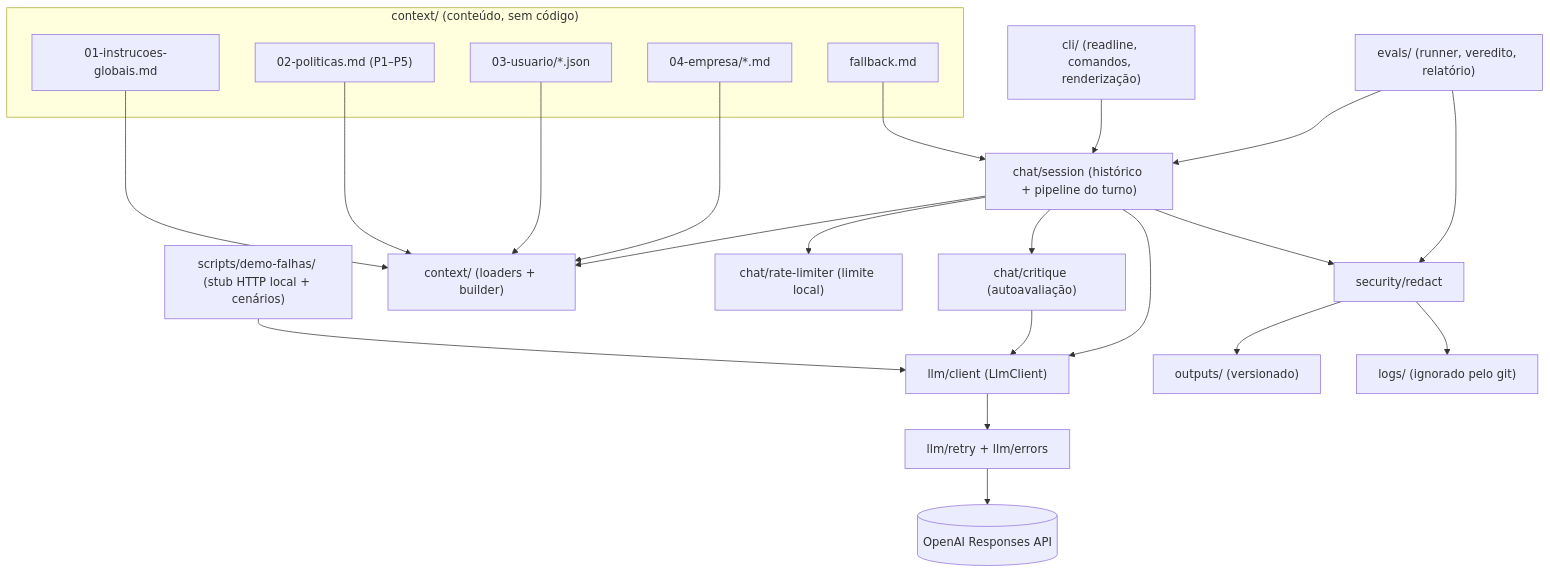
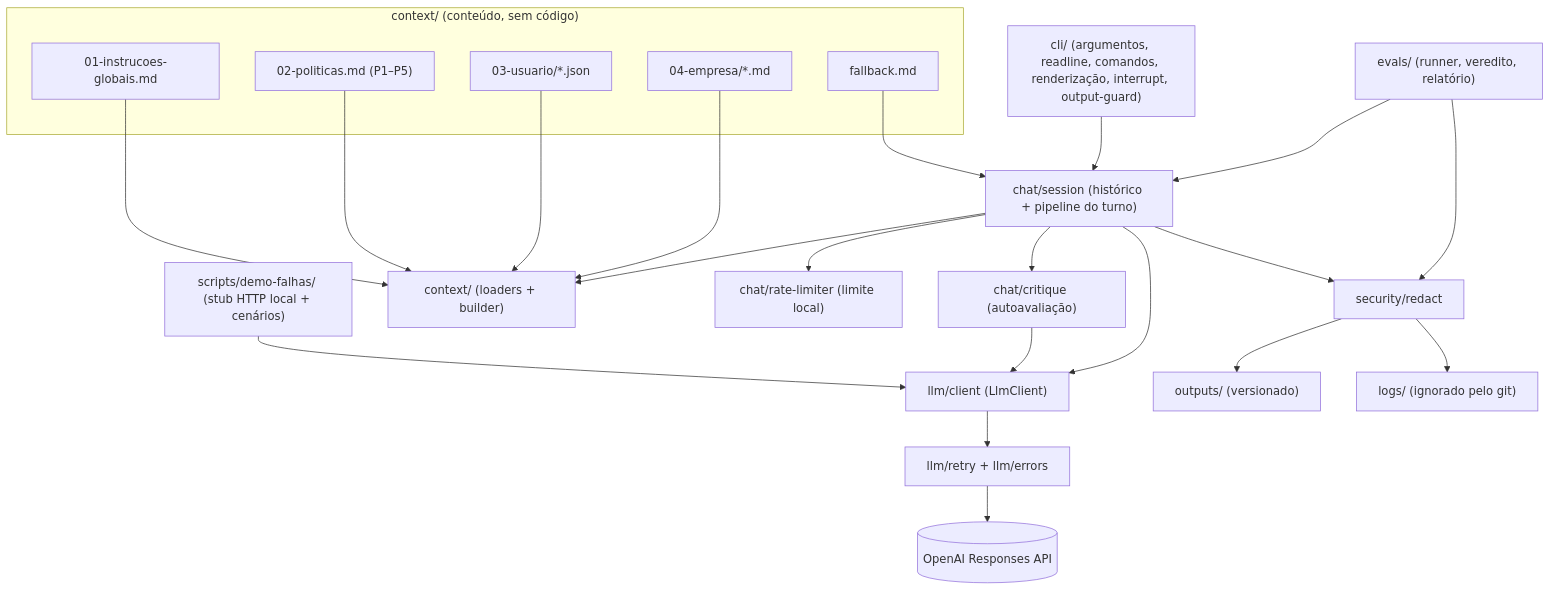
One commit to PetterCristhian/assistente-onboarding-cli changed the first of 2 diagrams in docs/ARQUITETURA.md. Above: the diagram before and after it, drawn with Mermaid. The commit also changed other lines of this file and 13 other files, not shown here.

````diff
--- a/docs/ARQUITETURA.md
+++ b/docs/ARQUITETURA.md
@@ -42,39 +45,39 @@
 ```mermaid
 flowchart TD
     subgraph Conteudo["context/ (conteúdo, sem código)"]
         C1["01-instrucoes-globais.md"]
         C2["02-politicas.md (P1–P5)"]
         C3["03-usuario/*.json"]
         C4["04-empresa/*.md"]
         FB["fallback.md"]
     end
 
-    CLI["cli/ (readline, comandos, renderização)"]
+    CLI["cli/ (argumentos, readline, comandos, renderização, interrupt, output-guard)"]
     EVAL["evals/ (runner, veredito, relatório)"]
     DEMO["scripts/demo-falhas/ (stub HTTP local + cenários)"]
 
     SESSION["chat/session (histórico + pipeline do turno)"]
     CTX["context/ (loaders + builder)"]
     CRIT["chat/critique (autoavaliação)"]
     RL["chat/rate-limiter (limite local)"]
     LLM["llm/client (LlmClient)"]
     RETRY["llm/retry + llm/errors"]
     RED["security/redact"]
     OPENAI[("OpenAI Responses API")]
     OUT["outputs/ (versionado)"]
     LOGS["logs/ (ignorado pelo git)"]
 
     C1 & C2 & C3 & C4 --> CTX
     CLI --> SESSION
     EVAL --> SESSION
     SESSION --> CTX
     SESSION --> RL
     SESSION --> CRIT
     SESSION --> LLM
     CRIT --> LLM
     FB --> SESSION
     LLM --> RETRY --> OPENAI
     DEMO --> LLM
     EVAL --> RED --> OUT
     SESSION --> RED --> LOGS
 ```
````
